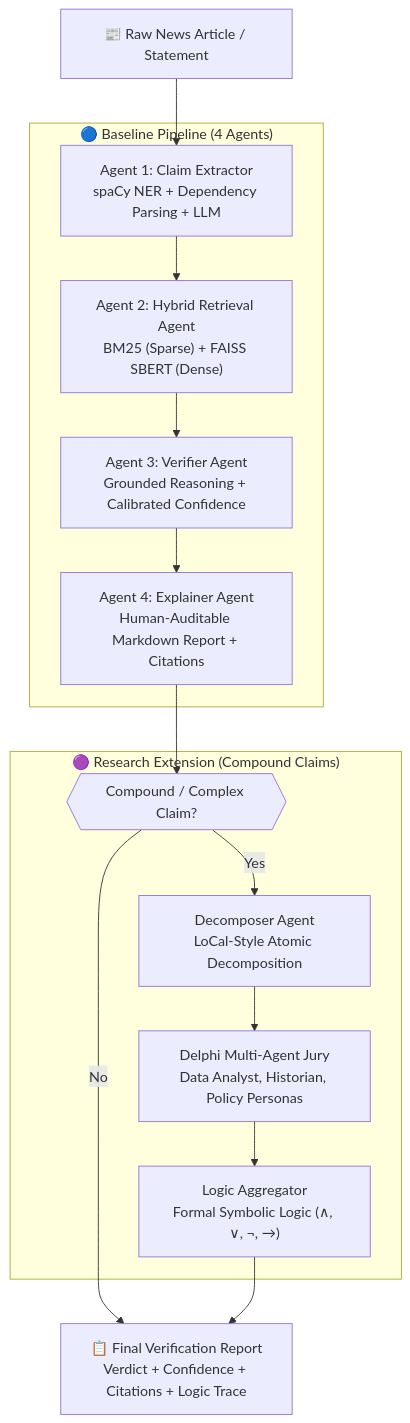
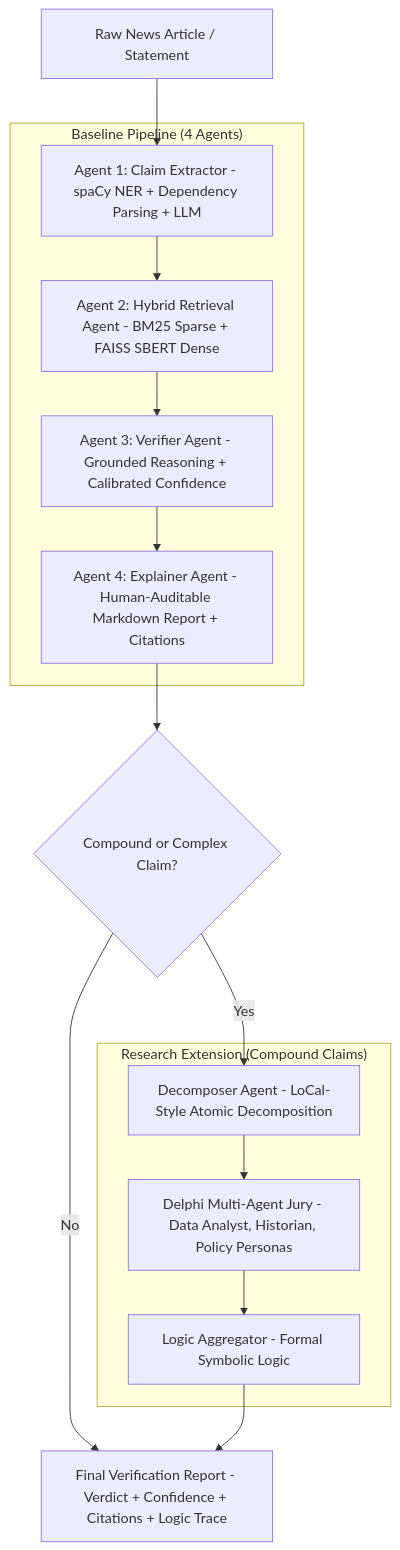
One commit to BruceWayne98/Fact-Checking-Agentic-System changed the diagram in README.md. Above: the diagram before and after it, drawn with Mermaid. The commit also changed other lines of this file, not shown here.

Commit message:
readme update

````diff
--- a/README.md
+++ b/README.md
@@ -22,22 +22,25 @@
 ```mermaid
 flowchart TD
-    A["📰 Raw News Article / Statement"] --> B
+    A["Raw News Article / Statement"] --> B
 
-    subgraph BASELINE ["🔵 Baseline Pipeline (4 Agents)"]
-        B["Agent 1: Claim Extractor<br/>spaCy NER + Dependency Parsing + LLM"]
-        B --> C["Agent 2: Hybrid Retrieval Agent<br/>BM25 (Sparse) + FAISS SBERT (Dense)"]
-        C --> D["Agent 3: Verifier Agent<br/>Grounded Reasoning + Calibrated Confidence"]
-        D --> E["Agent 4: Explainer Agent<br/>Human-Auditable Markdown Report + Citations"]
+    subgraph Baseline["Baseline Pipeline (4 Agents)"]
+        B["Agent 1: Claim Extractor - spaCy NER + Dependency Parsing + LLM"]
+        B --> C["Agent 2: Hybrid Retrieval Agent - BM25 Sparse + FAISS SBERT Dense"]
+        C --> D["Agent 3: Verifier Agent - Grounded Reasoning + Calibrated Confidence"]
+        D --> E["Agent 4: Explainer Agent - Human-Auditable Markdown Report + Citations"]
     end
 
-    E --> F{{"Compound / Complex Claim?"}}
+    E --> F{"Compound or Complex Claim?"}
 
-    subgraph EXTENSION ["🟣 Research Extension (Compound Claims)"]
-        F -- Yes --> G["Decomposer Agent<br/>LoCal-Style Atomic Decomposition"]
-        G --> H["Delphi Multi-Agent Jury<br/>Data Analyst, Historian, Policy Personas"]
-        H --> I["Logic Aggregator<br/>Formal Symbolic Logic (∧, ∨, ¬, →)"]
+    subgraph Extension["Research Extension (Compound Claims)"]
+        G["Decomposer Agent - LoCal-Style Atomic Decomposition"]
+        H["Delphi Multi-Agent Jury - Data Analyst, Historian, Policy Personas"]
+        I["Logic Aggregator - Formal Symbolic Logic"]
+        G --> H
+        H --> I
     end
 
-    F -- No --> J
-    I --> J["📋 Final Verification Report<br/>Verdict + Confidence + Citations + Logic Trace"]
+    F -->|Yes| G
+    F -->|No| J["Final Verification Report - Verdict + Confidence + Citations + Logic Trace"]
+    I --> J
 ```
````
